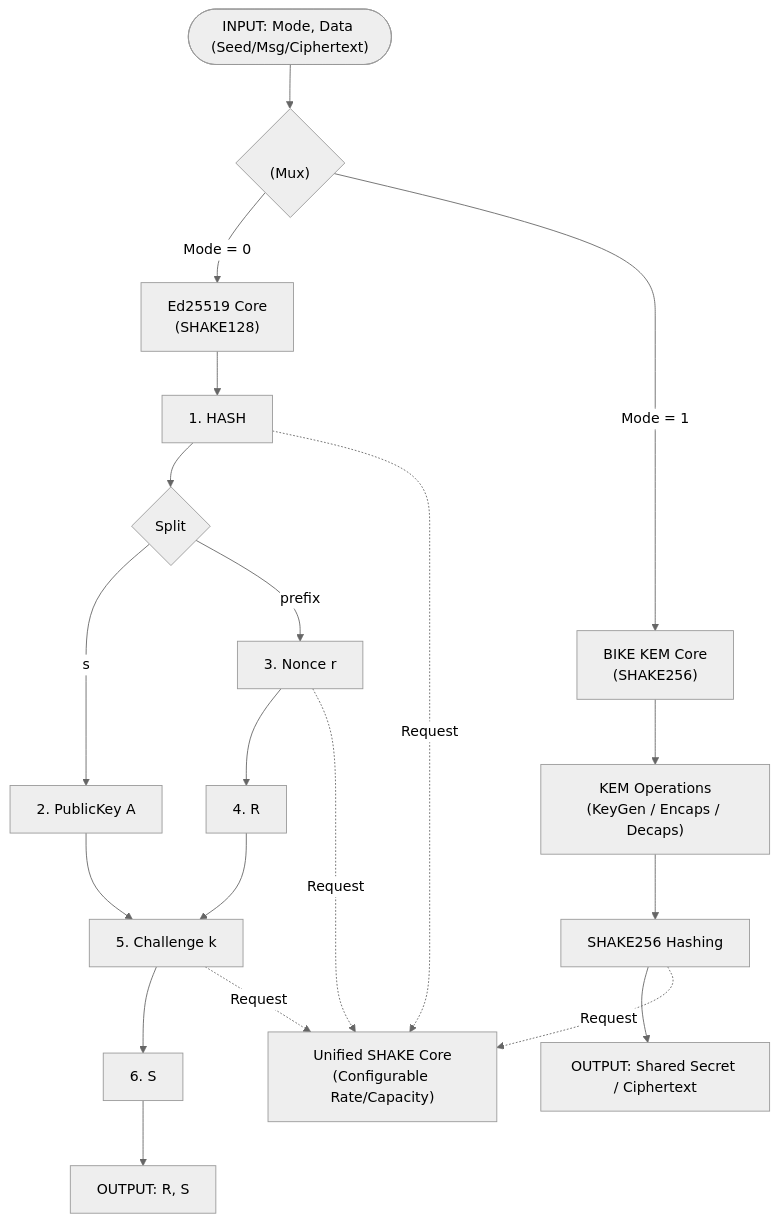
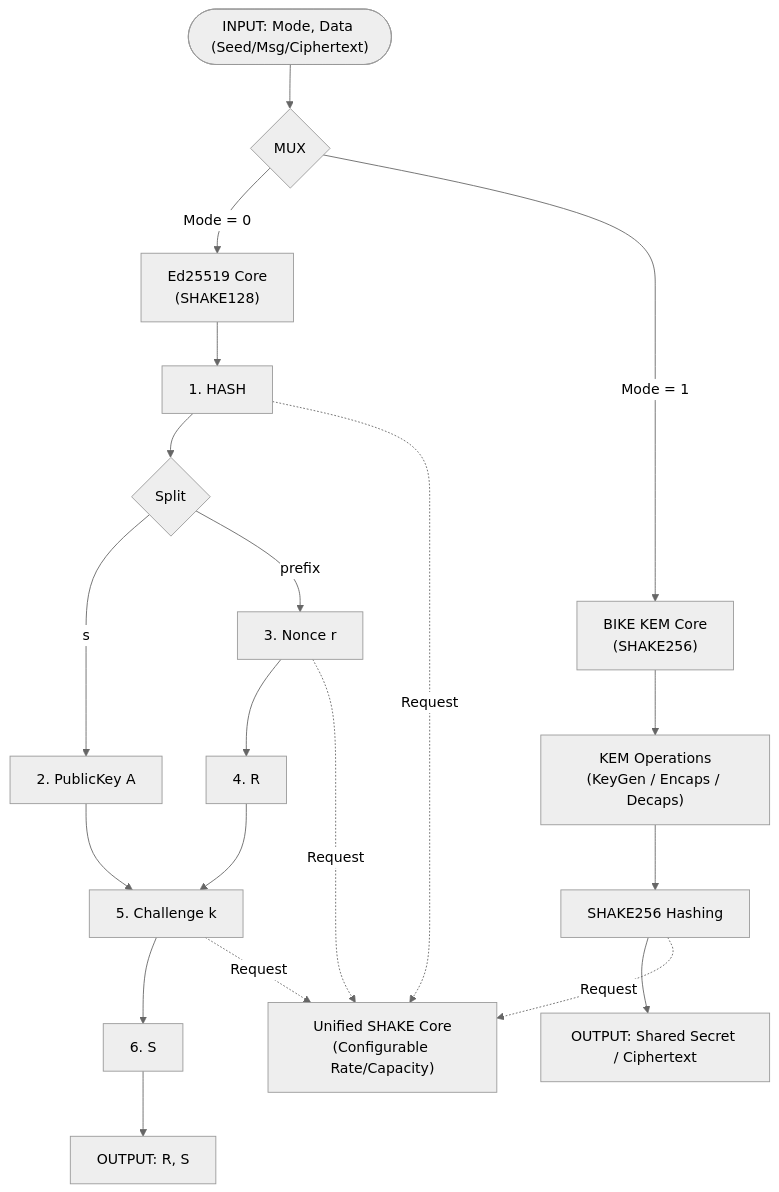
One commit to BAT-LAB69/CRYPTO_SOC changed the diagram in README.md. Above: the diagram before and after it, drawn with Mermaid (neutral theme).

````diff
--- a/README.md
+++ b/README.md
@@ -2,32 +2,32 @@
 ```mermaid
 flowchart TD
     %% System Input
-    Input(["INPUT: Mode, Data (Seed/Msg/Ciphertext)"]) --> Mux{"<br>(Mux)"}
+    Input(["INPUT: Mode, Data (Seed/Msg/Ciphertext)"]) --> Mux{"MUX"}
 
     %% Mode Selection
     Mux -->|Mode = 0| EdFlow["Ed25519 Core\n(SHAKE128)"]
     Mux -->|Mode = 1| KEMFlow["BIKE KEM Core\n(SHAKE256)"]
 
     %% Ed25519 Detailed Flow
     EdFlow --> HashSeed["1. HASH"]
     HashSeed --> Split{Split}
     Split -->|s| GenPub["2. PublicKey A"]
     Split -->|prefix| HashNonce["3. Nonce r"]
     GenPub --> HashChal["5. Challenge k"]
     HashNonce --> GenR["4. R"]
     GenR --> HashChal
     HashChal --> CalcS["6. S"]
     CalcS --> EdOut["OUTPUT: R, S"]
 
     %% KEM Detailed Flow (Placeholder)
     KEMFlow --> KEMOp["KEM Operations\n(KeyGen / Encaps / Decaps)"]
     KEMOp --> KEMHash["SHAKE256 Hashing"]
     KEMHash --> KEMOut["OUTPUT: Shared Secret / Ciphertext"]
 
     %% Unified Keccak Core
     HashSeed -.->|Request| ShakeCore["Unified SHAKE Core\n(Configurable Rate/Capacity)"]
     HashNonce -.->|Request| ShakeCore
     HashChal -.->|Request| ShakeCore
     KEMHash -.->|Request| ShakeCore
 
 ```
````
